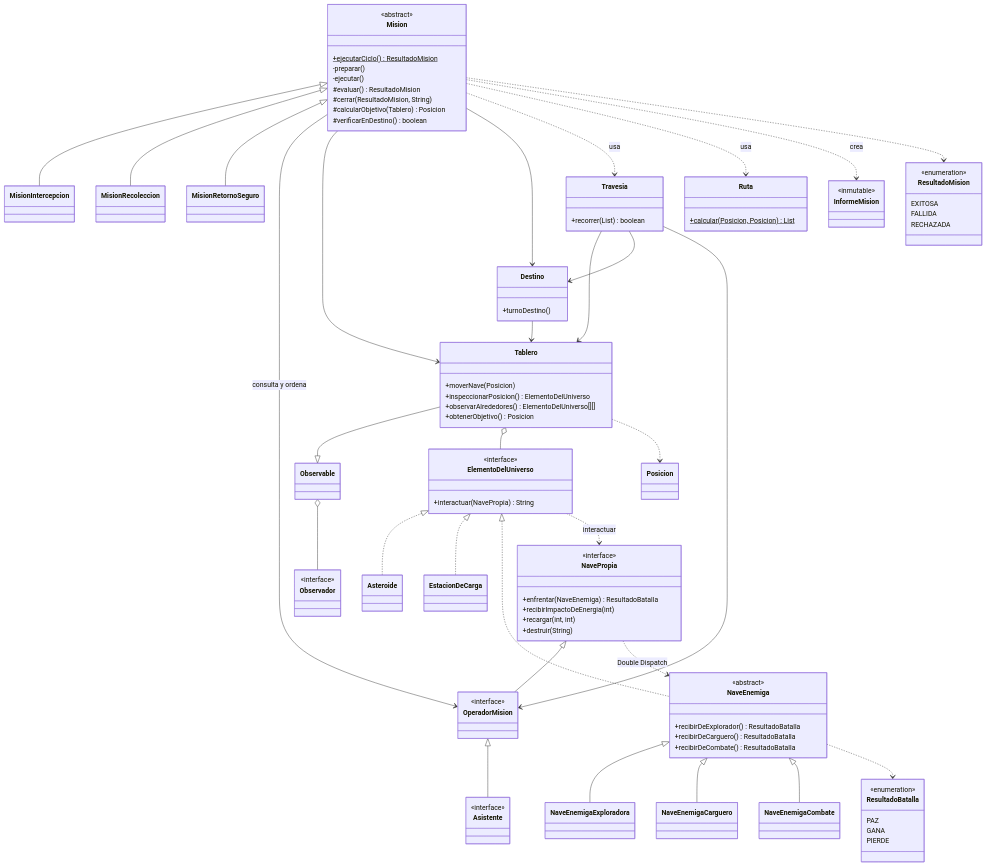
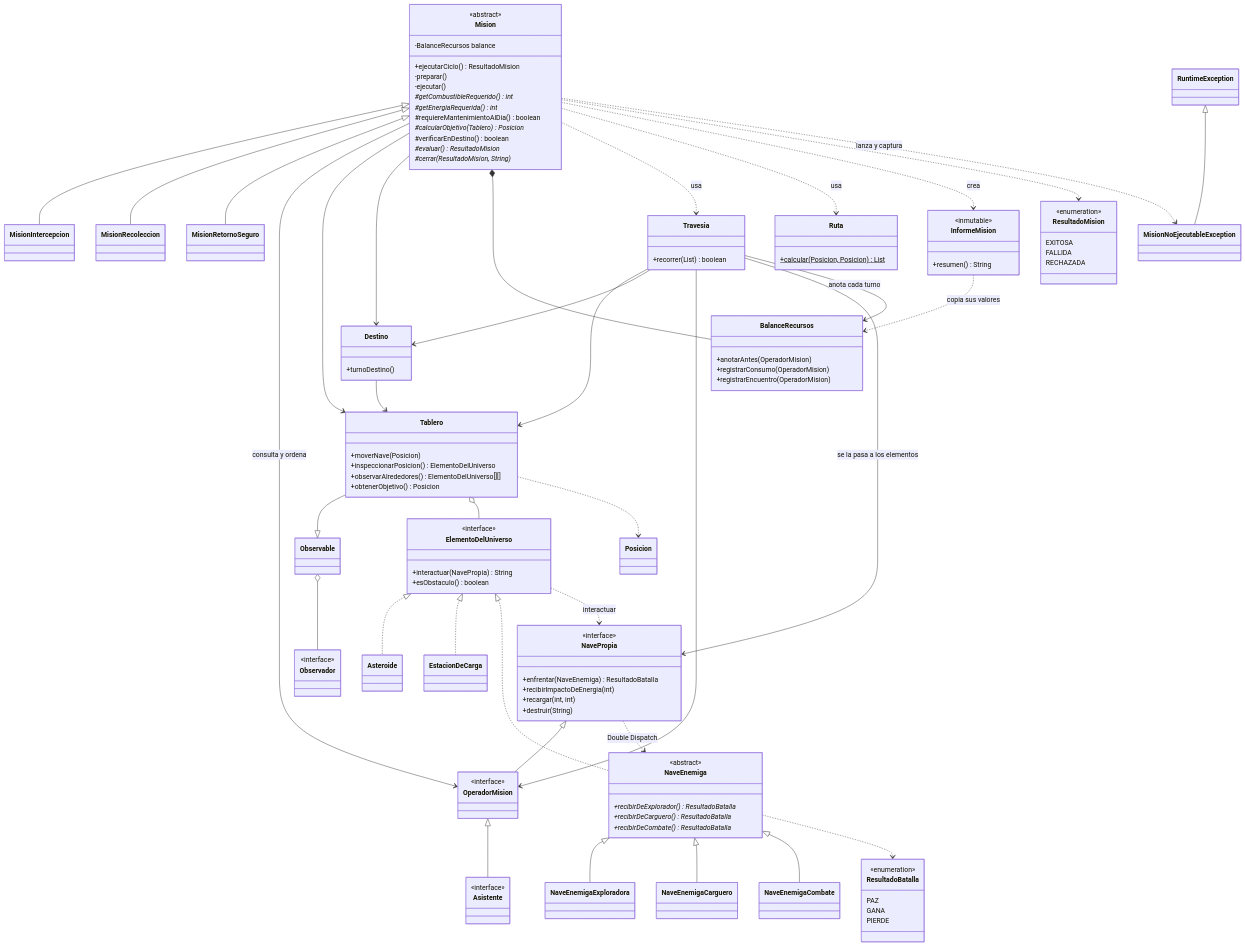
Before and after one commit to pedro-lorenzo/TPG_Software_Embarcado: the second of 5 diagrams in docs/uml/diagrama-clases.md, drawn with Mermaid. The commit also changed other lines of this file and 6 other files, not shown here.

```diff
--- a/docs/uml/diagrama-clases.md
+++ b/docs/uml/diagrama-clases.md
@@ -118,13 +135,17 @@
 classDiagram
     class Mision {
         <<abstract>>
-        +ejecutarCiclo() ResultadoMision$
+        -BalanceRecursos balance
+        +ejecutarCiclo() ResultadoMision
         -preparar()
         -ejecutar()
-        #evaluar() ResultadoMision
-        #cerrar(ResultadoMision, String)
-        #calcularObjetivo(Tablero) Posicion
+        #getCombustibleRequerido() int*
+        #getEnergiaRequerida() int*
+        #requiereMantenimientoAlDia() boolean
+        #calcularObjetivo(Tablero) Posicion*
         #verificarEnDestino() boolean
+        #evaluar() ResultadoMision*
+        #cerrar(ResultadoMision, String)*
     }
     class MisionIntercepcion
     class MisionRecoleccion
@@ -135,8 +156,14 @@
         FALLIDA
         RECHAZADA
     }
+    class BalanceRecursos {
+        +anotarAntes(OperadorMision)
+        +registrarConsumo(OperadorMision)
+        +registrarEncuentro(OperadorMision)
+    }
     class InformeMision {
         <<inmutable>>
+        +resumen() String
     }
     class Travesia {
         +recorrer(List) boolean
@@ -174,14 +201,15 @@
     class ElementoDelUniverso {
         <<interface>>
         +interactuar(NavePropia) String
+        +esObstaculo() boolean
     }
     class Asteroide
     class EstacionDeCarga
     class NaveEnemiga {
         <<abstract>>
-        +recibirDeExplorador() ResultadoBatalla
-        +recibirDeCarguero() ResultadoBatalla
-        +recibirDeCombate() ResultadoBatalla
+        +recibirDeExplorador() ResultadoBatalla*
+        +recibirDeCarguero() ResultadoBatalla*
+        +recibirDeCombate() ResultadoBatalla*
     }
     class NaveEnemigaExploradora
     class NaveEnemigaCarguero
@@ -192,6 +220,8 @@
         GANA
         PIERDE
     }
+    class RuntimeException
+    class MisionNoEjecutableException
 
     Mision <|-- MisionIntercepcion
     Mision <|-- MisionRecoleccion
@@ -199,15 +229,21 @@
     Mision --> OperadorMision : consulta y ordena
     Mision --> Tablero
     Mision --> Destino
+    Mision *-- BalanceRecursos
     Mision ..> Travesia : usa
     Mision ..> Ruta : usa
     Mision ..> InformeMision : crea
     Mision ..> ResultadoMision
+    Mision ..> MisionNoEjecutableException : lanza y captura
+    RuntimeException <|-- MisionNoEjecutableException
+    InformeMision ..> BalanceRecursos : copia sus valores
     NavePropia <|-- OperadorMision
     OperadorMision <|-- Asistente
     Travesia --> Tablero
     Travesia --> Destino
     Travesia --> OperadorMision
+    Travesia --> NavePropia : se la pasa a los elementos
+    Travesia --> BalanceRecursos : anota cada turno
     Destino --> Tablero
     Tablero --|> Observable
     Observable o-- Observador
```
